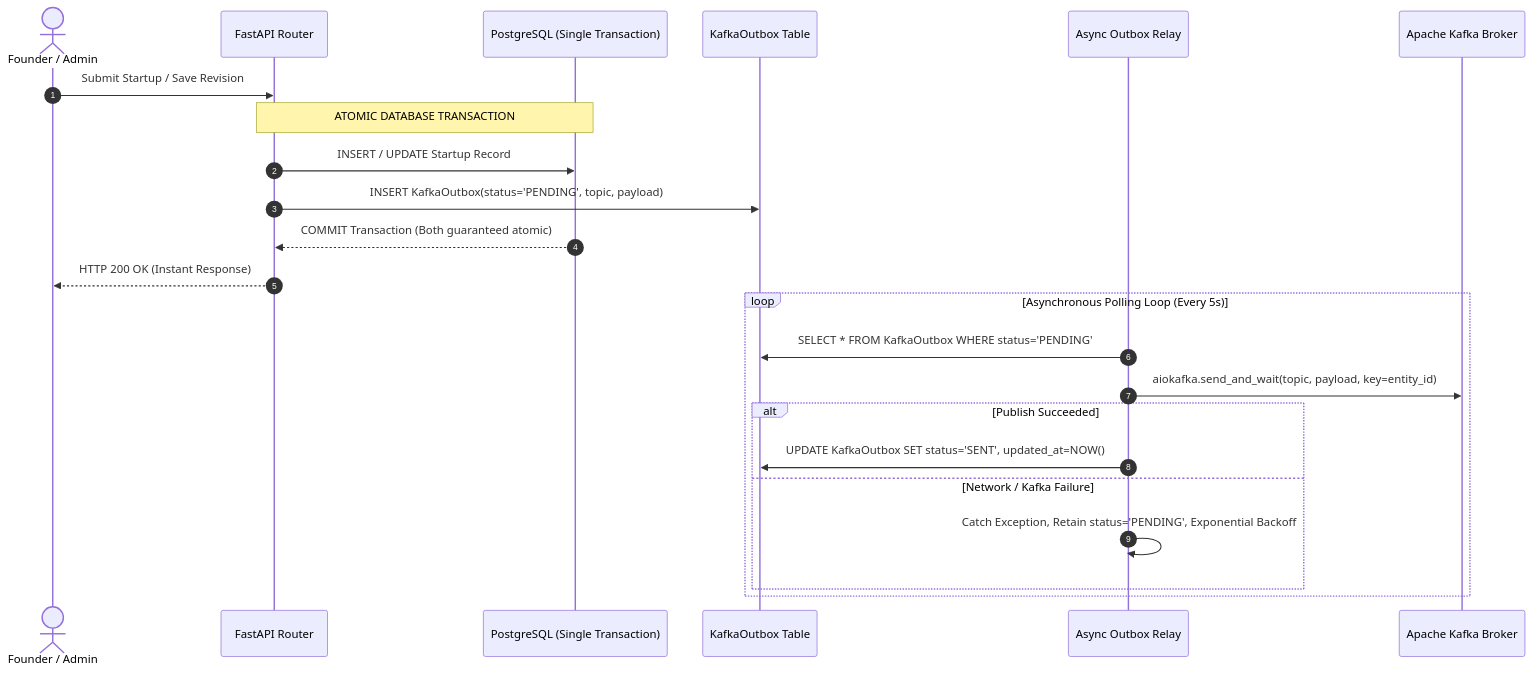
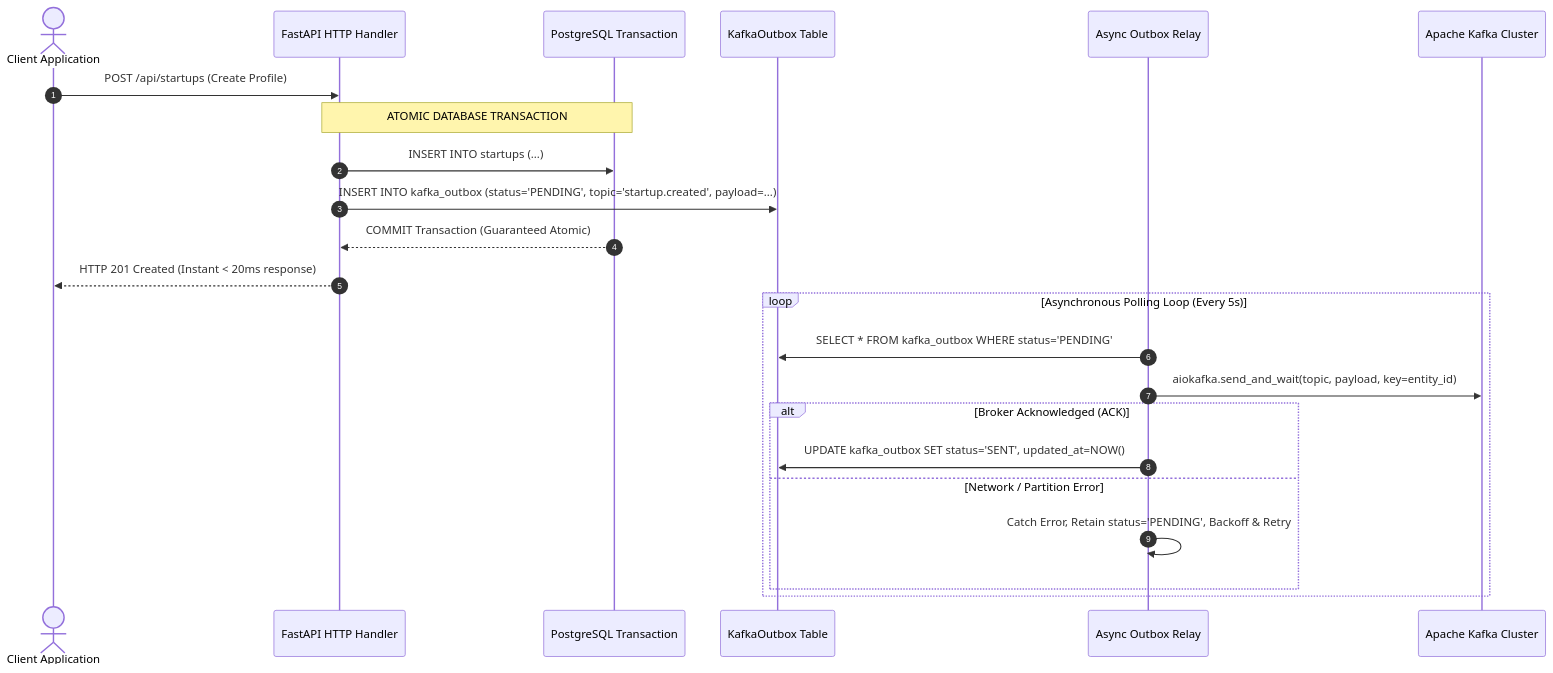
One commit to AadithyaNayakV/Startup-Foundary changed the second of 4 diagrams in README.md. Above: the diagram before and after it, drawn with Mermaid. The commit also changed other lines of this file and 4 other files, not shown here.

````diff
--- a/README.md
+++ b/README.md
@@ -139,27 +93,27 @@
 ```mermaid
 sequenceDiagram
     autonumber
-    actor Client as Founder / Admin
-    participant API as FastAPI Router
-    participant DB as PostgreSQL (Single Transaction)
+    actor User as Client Application
+    participant API as FastAPI HTTP Handler
+    participant DB as PostgreSQL Transaction
     participant Outbox as KafkaOutbox Table
     participant Relay as Async Outbox Relay
-    participant Kafka as Apache Kafka Broker
+    participant Kafka as Apache Kafka Cluster
 
-    Client->>API: Submit Startup / Save Revision
+    User->>API: POST /api/startups (Create Profile)
     Note over API,DB: ATOMIC DATABASE TRANSACTION
-    API->>DB: INSERT / UPDATE Startup Record
-    API->>Outbox: INSERT KafkaOutbox(status='PENDING', topic, payload)
-    DB-->>API: COMMIT Transaction (Both guaranteed atomic)
-    API-->>Client: HTTP 200 OK (Instant Response)
+    API->>DB: INSERT INTO startups (...)
+    API->>Outbox: INSERT INTO kafka_outbox (status='PENDING', topic='startup.created', payload=...)
+    DB-->>API: COMMIT Transaction (Guaranteed Atomic)
+    API-->>User: HTTP 201 Created (Instant < 20ms response)
 
     loop Asynchronous Polling Loop (Every 5s)
-        Relay->>Outbox: SELECT * FROM KafkaOutbox WHERE status='PENDING'
+        Relay->>Outbox: SELECT * FROM kafka_outbox WHERE status='PENDING'
         Relay->>Kafka: aiokafka.send_and_wait(topic, payload, key=entity_id)
-        alt Publish Succeeded
-            Relay->>Outbox: UPDATE KafkaOutbox SET status='SENT', updated_at=NOW()
-        else Network / Kafka Failure
-            Relay->>Relay: Catch Exception, Retain status='PENDING', Exponential Backoff
+        alt Broker Acknowledged (ACK)
+            Relay->>Outbox: UPDATE kafka_outbox SET status='SENT', updated_at=NOW()
+        else Network / Partition Error
+            Relay->>Relay: Catch Error, Retain status='PENDING', Backoff & Retry
         end
     end
 ```
````
